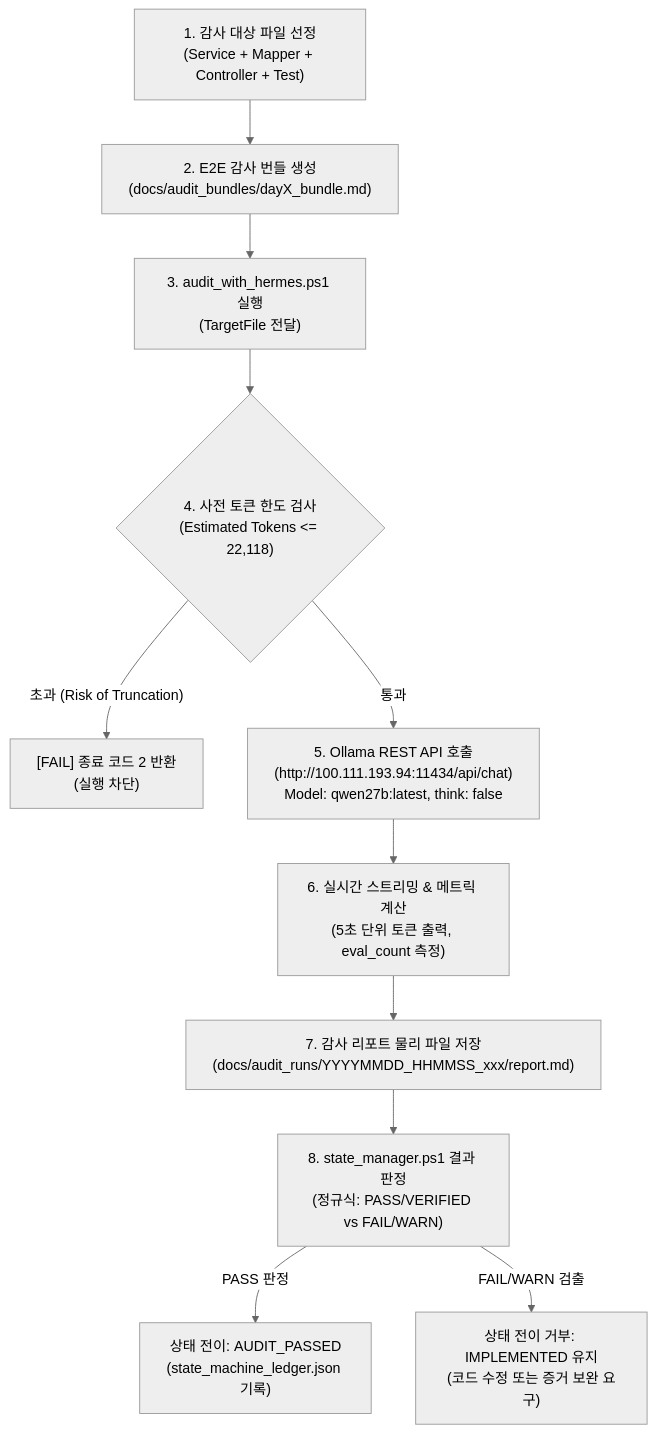
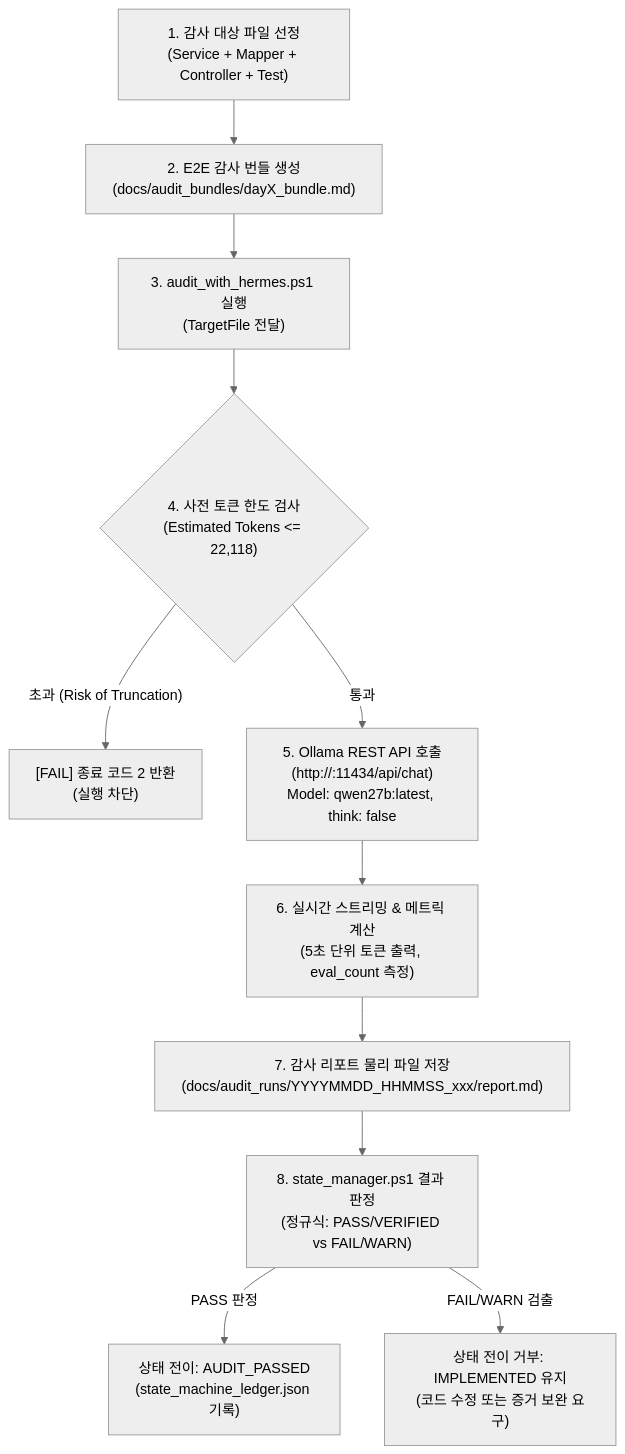
Before and after one commit to KBG183/kintai-management: the diagram in docs/hermes_v2_spec/01_hermes_v1_survey_report.md, drawn with Mermaid (neutral theme). The commit also changed other lines of this file and 409 other files, not shown here.

````diff
--- a/docs/hermes_v2_spec/01_hermes_v1_survey_report.md
+++ b/docs/hermes_v2_spec/01_hermes_v1_survey_report.md
@@ -26,13 +26,13 @@
 ```mermaid
 flowchart TD
     A["1. 감사 대상 파일 선정<br>(Service + Mapper + Controller + Test)"] --> B["2. E2E 감사 번들 생성<br>(docs/audit_bundles/dayX_bundle.md)"]
     B --> C["3. audit_with_hermes.ps1 실행<br>(TargetFile 전달)"]
     C --> D{"4. 사전 토큰 한도 검사<br>(Estimated Tokens <= 22,118)"}
     D -- "초과 (Risk of Truncation)" --> E["[FAIL] 종료 코드 2 반환<br>(실행 차단)"]
-    D -- "통과" --> F["5. Ollama REST API 호출<br>(http://100.111.193.94:11434/api/chat)<br>Model: qwen27b:latest, think: false"]
+    D -- "통과" --> F["5. Ollama REST API 호출<br>(http://<TAILSCALE_OLLAMA_HOST>:11434/api/chat)<br>Model: qwen27b:latest, think: false"]
     F --> G["6. 실시간 스트리밍 & 메트릭 계산<br>(5초 단위 토큰 출력, eval_count 측정)"]
     G --> H["7. 감사 리포트 물리 파일 저장<br>(docs/audit_runs/YYYYMMDD_HHMMSS_xxx/report.md)"]
     H --> I["8. state_manager.ps1 결과 판정<br>(정규식: PASS/VERIFIED vs FAIL/WARN)"]
     I -- "PASS 판정" --> J["상태 전이: AUDIT_PASSED<br>(state_machine_ledger.json 기록)"]
     I -- "FAIL/WARN 검출" --> K["상태 전이 거부: IMPLEMENTED 유지<br>(코드 수정 또는 증거 보완 요구)"]
 ```
````
